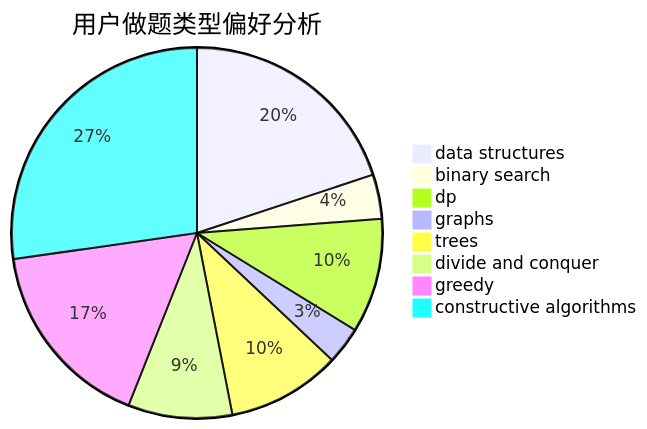
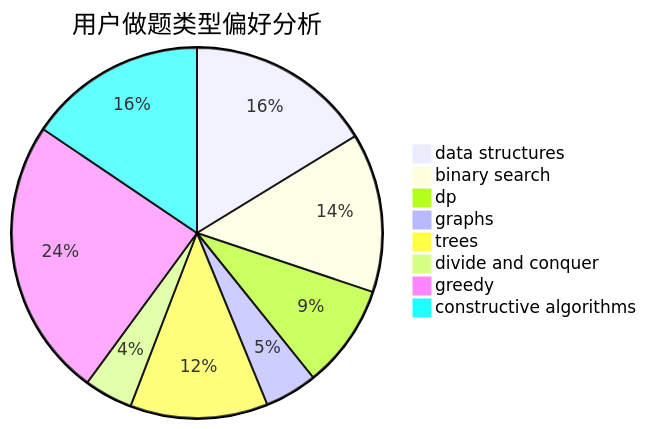
Before and after one commit to sherpahu/cfrs.github.io: the second of 3 diagrams in docs/user/u207.md, drawn with Mermaid. The commit also changed other lines of this file and 2770 other files, not shown here.

````diff
--- a/docs/user/u207.md
+++ b/docs/user/u207.md
@@ -23,11 +23,11 @@
 ```mermaid
 pie title 用户做题类型偏好分析
-    "data structures" :  263
-    "binary search" :  51
-    "dp" :  132
-    "graphs" :  43
-    "trees" :  131
-    "divide and conquer" :  120
-    "greedy" :  221
-    "constructive algorithms" :  360
+    "data structures" :  138
+    "binary search" :  118
+    "dp" :  77
+    "graphs" :  39
+    "trees" :  102
+    "divide and conquer" :  36
+    "greedy" :  207
+    "constructive algorithms" :  132
 ```
````
